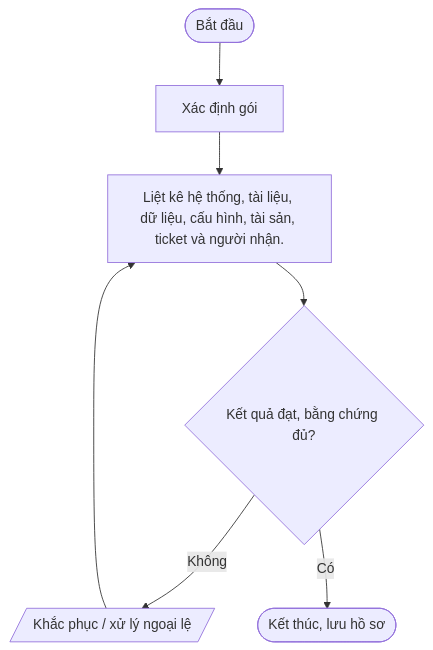
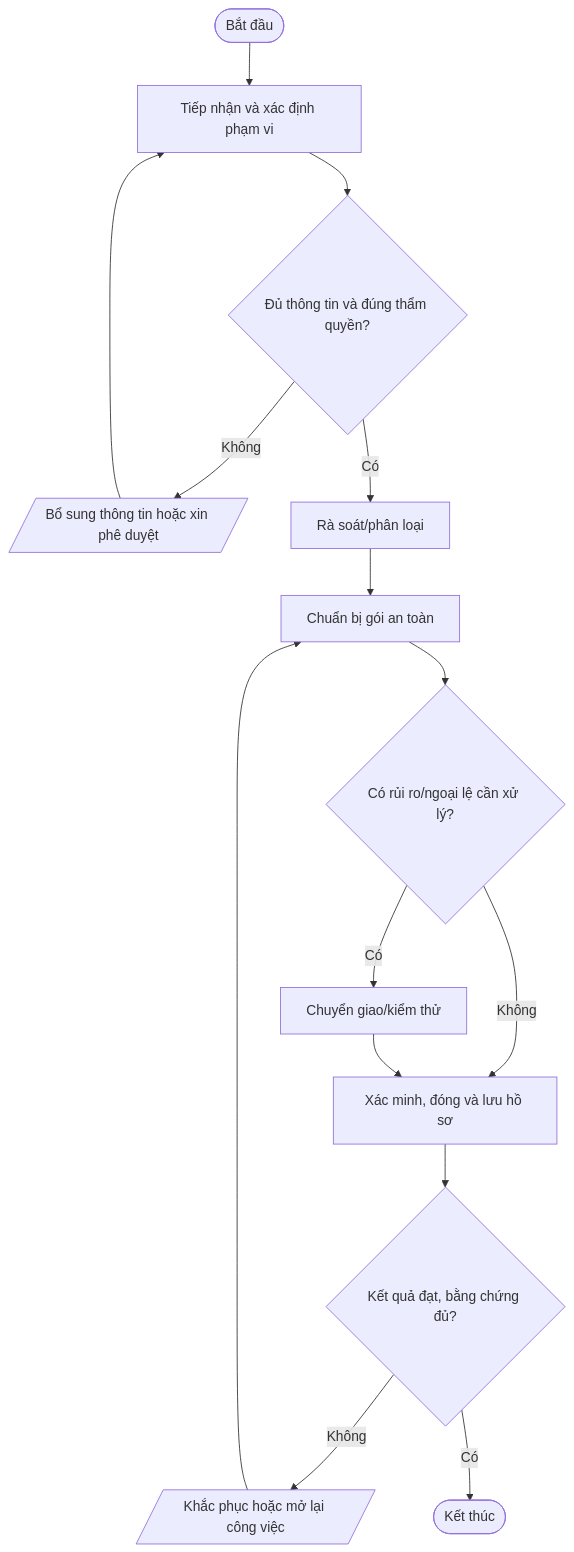
One commit to daoaigiangnam/Quy_Trinh_Chuan changed the second of 4 diagrams in quy-trinh/06-Ket-thuc-hop-dong/README.md. Above: the diagram before and after it, drawn with Mermaid. The commit also changed other lines of this file, not shown here.

Commit message:
docs: refine detailed procedure steps and Mermaid flowcharts

````diff
--- a/quy-trinh/06-Ket-thuc-hop-dong/README.md
+++ b/quy-trinh/06-Ket-thuc-hop-dong/README.md
@@ -117,11 +138,17 @@
 ```mermaid
 flowchart TD
-  A([Bắt đầu]) --> S1
-  S1["Xác định gói"]
-  S2["Liệt kê hệ thống, tài liệu, dữ liệu, cấu hình, tài sản, ticket và người nhận."]
-  S1 --> S2
-  S2 --> D2{"Kết quả đạt, bằng chứng đủ?"}
-  D2 -- Không --> REWORK[/"Khắc phục / xử lý ngoại lệ"/]
-  REWORK --> S2
-  D2 -- Có --> Z([Kết thúc, lưu hồ sơ])
+  A([Bắt đầu]) --> S1["Tiếp nhận và xác định phạm vi"]
+  S1 --> D1{"Đủ thông tin và đúng thẩm quyền?"}
+  D1 -- Không --> F1[/"Bổ sung thông tin hoặc xin phê duyệt"/]
+  F1 --> S1
+  D1 -- Có --> S2["Rà soát/phân loại"]
+  S2 --> S3["Chuẩn bị gói an toàn"]
+  S3 --> D2{"Có rủi ro/ngoại lệ cần xử lý?"}
+  D2 -- Có --> S4["Chuyển giao/kiểm thử"]
+  D2 -- Không --> S5["Xác minh, đóng và lưu hồ sơ"]
+  S4 --> S5
+  S5 --> D3{"Kết quả đạt, bằng chứng đủ?"}
+  D3 -- Không --> R[/"Khắc phục hoặc mở lại công việc"/]
+  R --> S3
+  D3 -- Có --> Z([Kết thúc])
 ```
````
